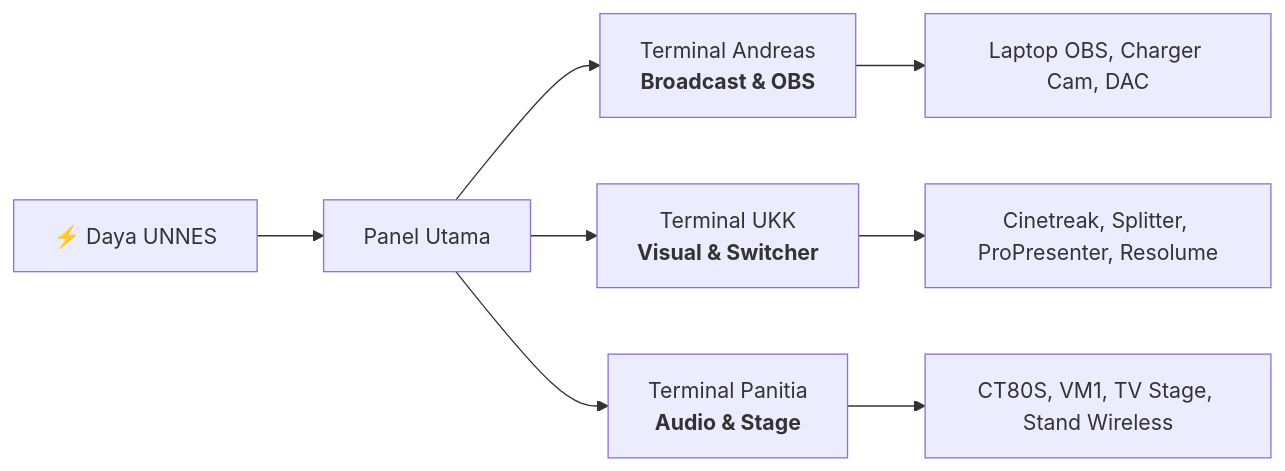
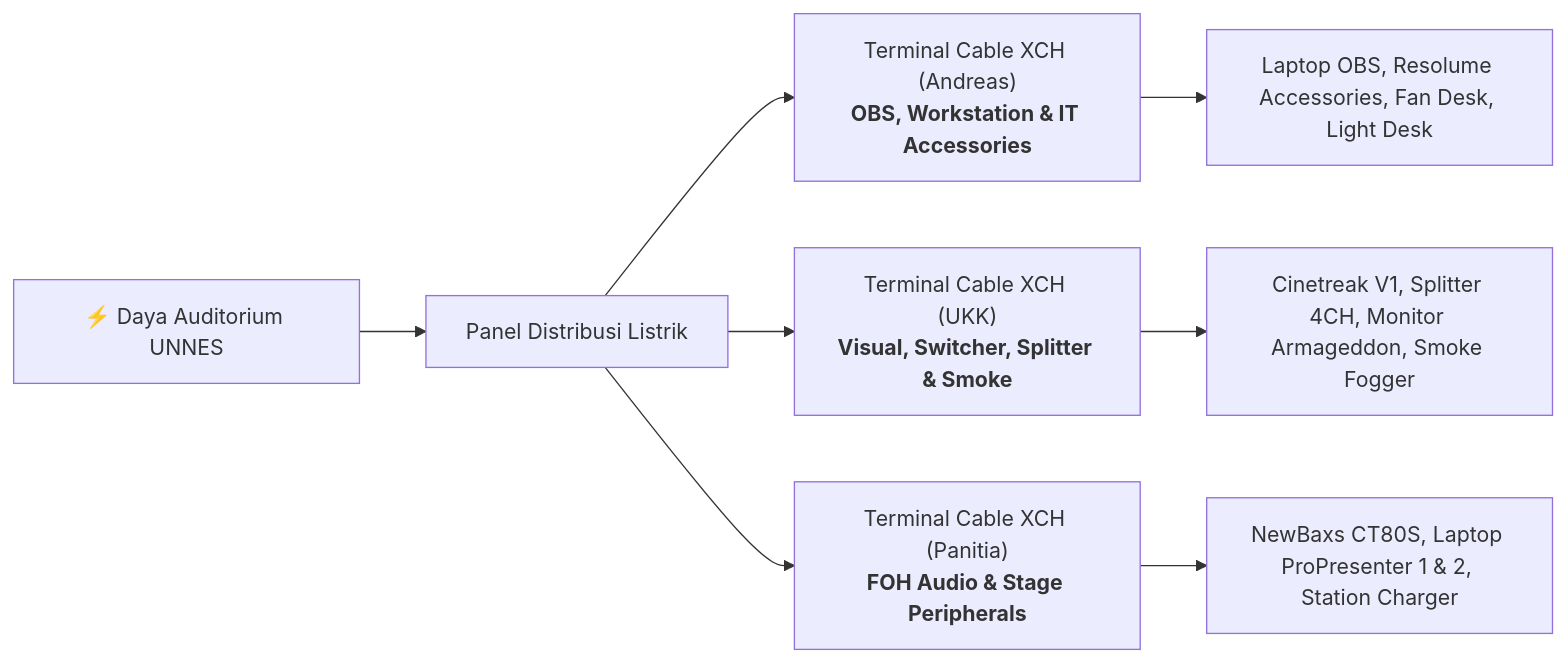
The eighth of 8 diagrams in README.md (zzdree/ip26-production), drawn with Mermaid before and after one commit. The commit also changed other lines of this file and 9 other files, not shown here.

First line of the commit message:
feat: synchronize master architecture, camera routing, and 18-lender inventory (158 items)

````diff
--- a/README.md
+++ b/README.md
@@ -305,12 +300,12 @@
 ```mermaid
 flowchart LR
-    SOURCE["⚡ Daya UNNES"] --> MAIN_PANEL["Panel Utama"]
+    SOURCE["⚡ Daya Auditorium UNNES"] --> MAIN_PANEL["Panel Distribusi Listrik"]
     
-    MAIN_PANEL --> T1["Terminal Andreas<br/><b>Broadcast & OBS</b>"]
-    MAIN_PANEL --> T2["Terminal UKK<br/><b>Visual & Switcher</b>"]
-    MAIN_PANEL --> T3["Terminal Panitia<br/><b>Audio & Stage</b>"]
+    MAIN_PANEL --> T1["Terminal Cable XCH (Andreas)<br/><b>OBS, Workstation & IT Accessories</b>"]
+    MAIN_PANEL --> T2["Terminal Cable XCH (UKK)<br/><b>Visual, Switcher, Splitter & Smoke</b>"]
+    MAIN_PANEL --> T3["Terminal Cable XCH (Panitia)<br/><b>FOH Audio & Stage Peripherals</b>"]
 
-    T1 --> D_BROADCAST["Laptop OBS, Charger Cam, DAC"]
-    T2 --> D_VISUAL["Cinetreak, Splitter, ProPresenter, Resolume"]
-    T3 --> D_AUDIO["CT80S, VM1, TV Stage, Stand Wireless"]
+    T1 --> D1["Laptop OBS, Resolume Accessories, Fan Desk, Light Desk"]
+    T2 --> D2["Cinetreak V1, Splitter 4CH, Monitor Armageddon, Smoke Fogger"]
+    T3 --> D3["NewBaxs CT80S, Laptop ProPresenter 1 & 2, Station Charger"]
 ```
````
